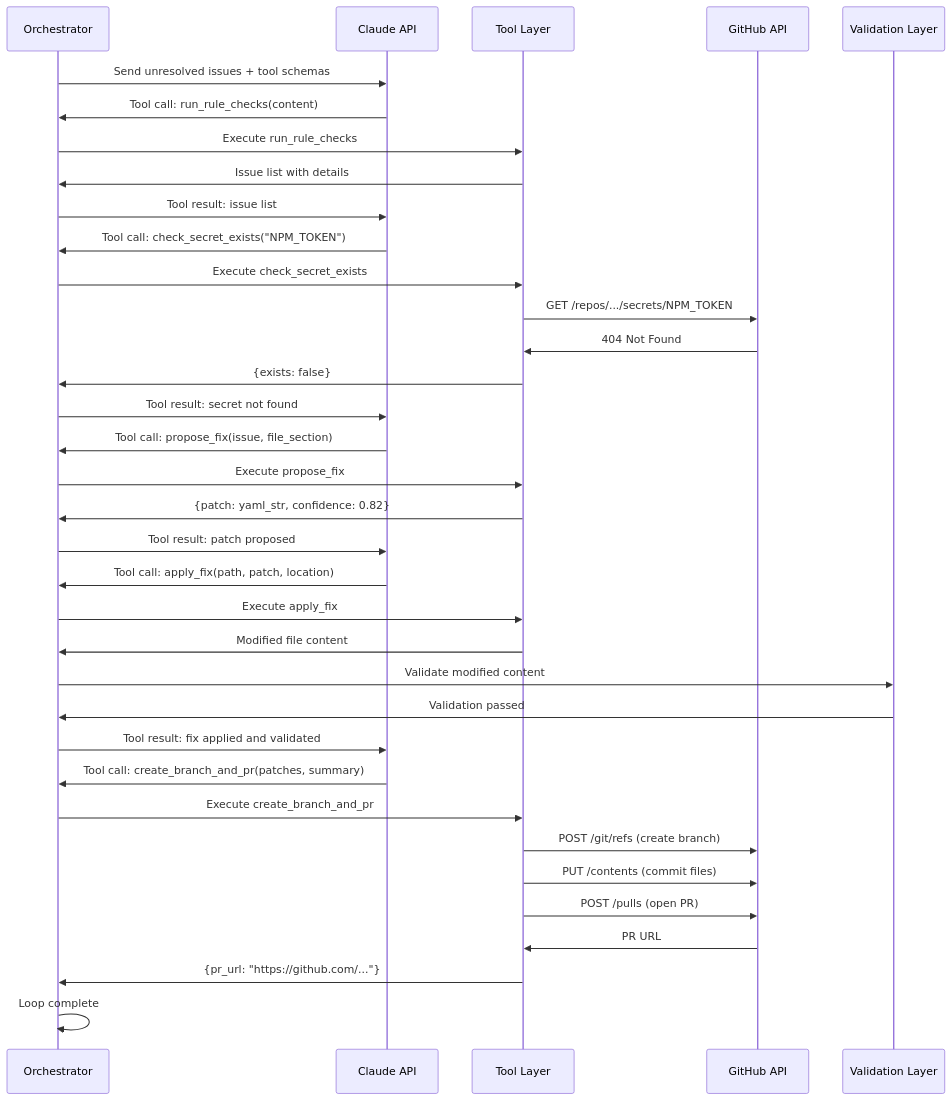
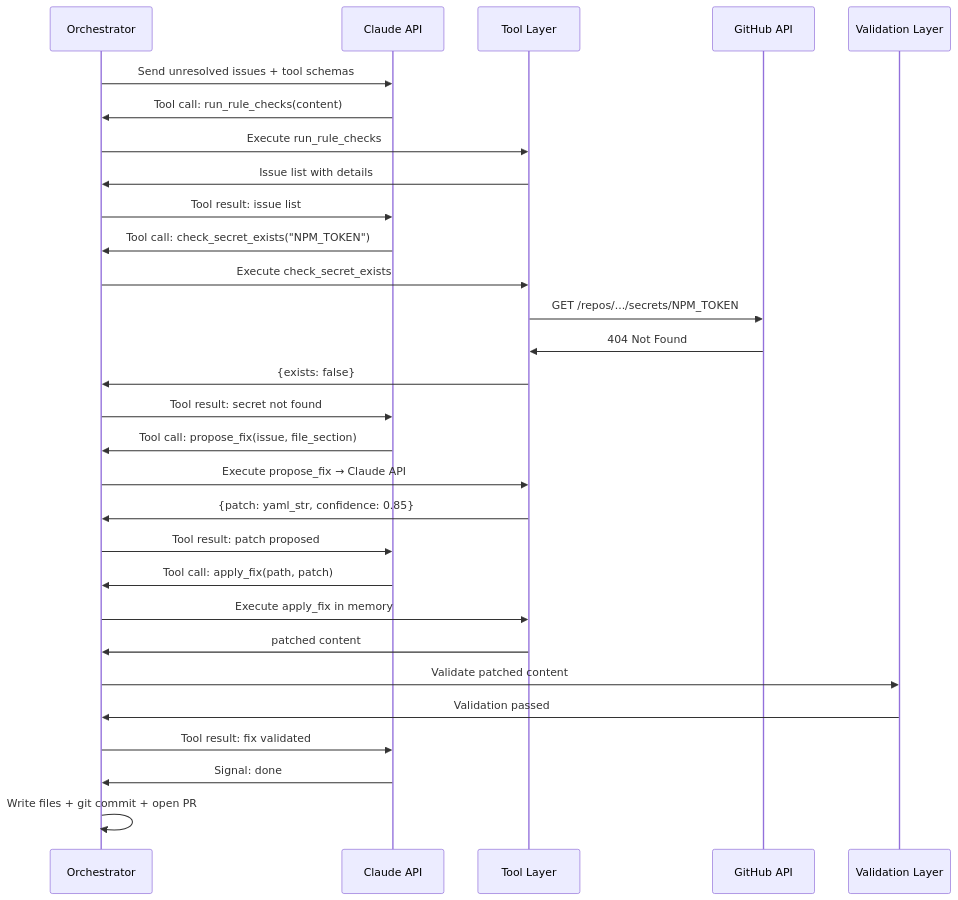
The fifth of 5 diagrams in ARCHITECTURE.md (actions-marketplace-validations/arpita-rathwa_CIRecon), drawn with Mermaid before and after one commit. The commit also changed other lines of this file, not shown here.

````diff
--- a/ARCHITECTURE.md
+++ b/ARCHITECTURE.md
@@ -1153,38 +711,32 @@
 ```mermaid
 sequenceDiagram
     participant O as Orchestrator
     participant C as Claude API
     participant T as Tool Layer
     participant G as GitHub API
     participant V as Validation Layer
 
     O->>C: Send unresolved issues + tool schemas
     C->>O: Tool call: run_rule_checks(content)
     O->>T: Execute run_rule_checks
     T->>O: Issue list with details
     O->>C: Tool result: issue list
     C->>O: Tool call: check_secret_exists("NPM_TOKEN")
     O->>T: Execute check_secret_exists
     T->>G: GET /repos/.../secrets/NPM_TOKEN
     G->>T: 404 Not Found
     T->>O: {exists: false}
     O->>C: Tool result: secret not found
     C->>O: Tool call: propose_fix(issue, file_section)
-    O->>T: Execute propose_fix
-    T->>O: {patch: yaml_str, confidence: 0.82}
+    O->>T: Execute propose_fix → Claude API
+    T->>O: {patch: yaml_str, confidence: 0.85}
     O->>C: Tool result: patch proposed
-    C->>O: Tool call: apply_fix(path, patch, location)
-    O->>T: Execute apply_fix
-    T->>O: Modified file content
-    O->>V: Validate modified content
+    C->>O: Tool call: apply_fix(path, patch)
+    O->>T: Execute apply_fix in memory
+    T->>O: patched content
+    O->>V: Validate patched content
     V->>O: Validation passed
-    O->>C: Tool result: fix applied and validated
-    C->>O: Tool call: create_branch_and_pr(patches, summary)
-    O->>T: Execute create_branch_and_pr
-    T->>G: POST /git/refs (create branch)
-    T->>G: PUT /contents (commit files)
-    T->>G: POST /pulls (open PR)
-    G->>T: PR URL
-    T->>O: {pr_url: "https://github.com/..."}
-    O->>O: Loop complete
+    O->>C: Tool result: fix validated
+    C->>O: Signal: done
+    O->>O: Write files + git commit + open PR
 ```
````
